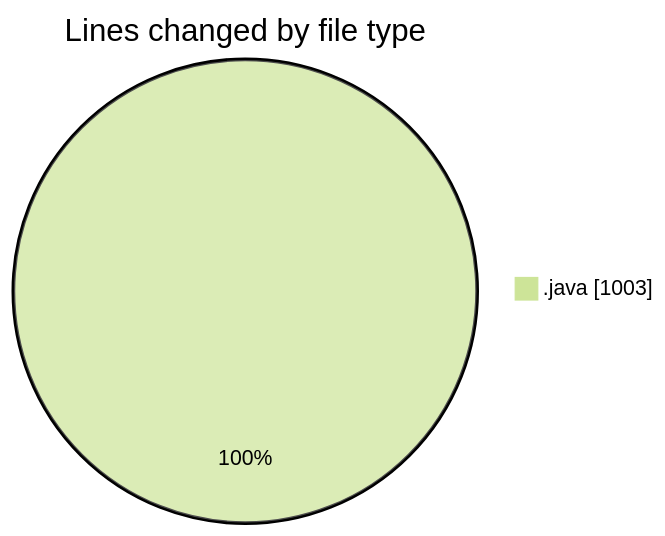
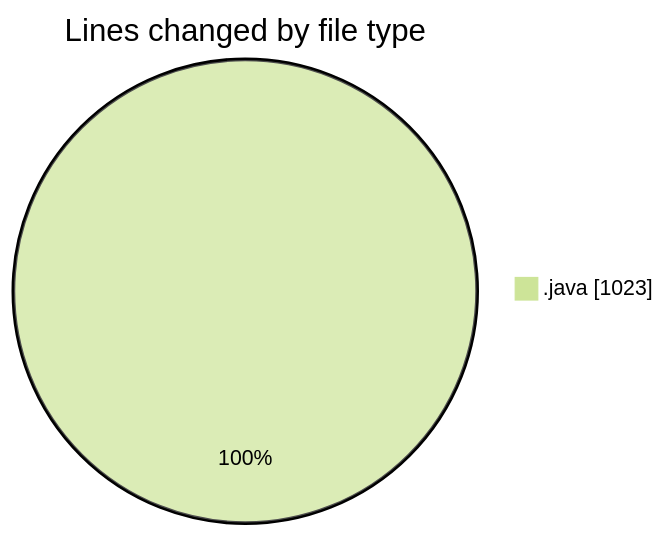
One commit to ricardozamudiocil/code-tracking changed the first of 2 diagrams in 2026-03-18/cilapp/README.md. Above: the diagram before and after it, drawn with Mermaid (forest theme). The commit also changed other lines of this file and 1 other file, not shown here.

````diff
--- a/2026-03-18/cilapp/README.md
+++ b/2026-03-18/cilapp/README.md
@@ -20,5 +20,5 @@
 ```mermaid
 pie showData
 title Lines changed by file type
-".java" : 1003
+".java" : 1023
 ```
````
